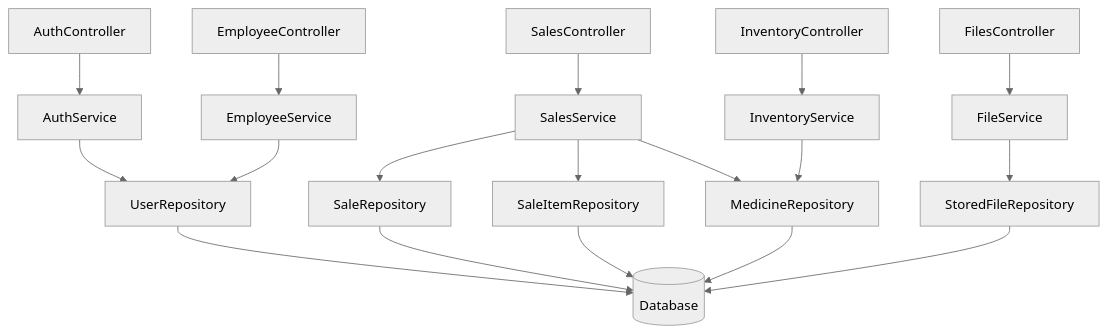
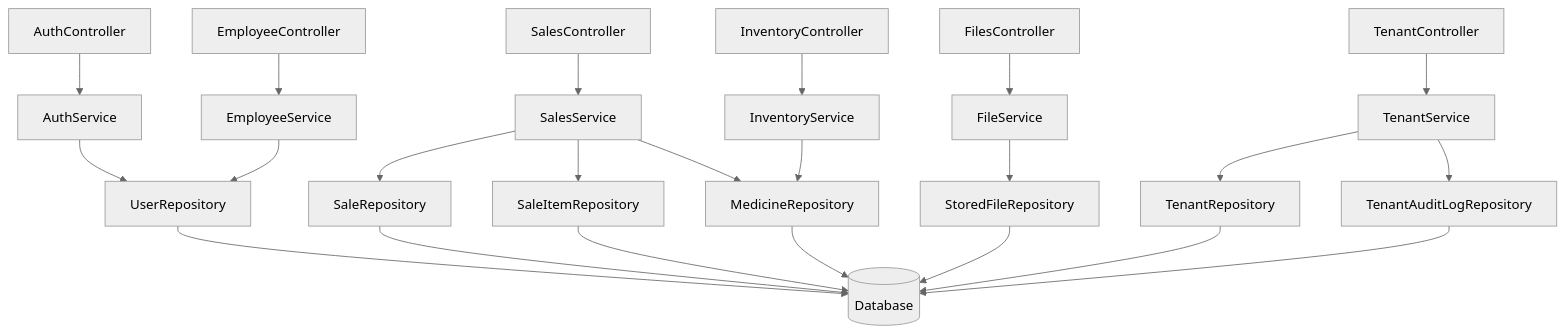
One commit to kasunsk/pharmacy-inventory changed the second of 3 diagrams in README.md. Above: the diagram before and after it, drawn with Mermaid (neutral theme). The commit also changed other lines of this file and 10 other files, not shown here.

````diff
--- a/README.md
+++ b/README.md
@@ -62,22 +71,27 @@
 ```mermaid
 graph TD
   C1[AuthController] --> S1[AuthService]
+  C0[TenantController] --> S0[TenantService]
   C2[EmployeeController] --> S2[EmployeeService]
   C3[SalesController] --> S3[SalesService]
   C4[InventoryController] --> S4[InventoryService]
   C5[FilesController] --> S5[FileService]
 
   S1 --> R1[UserRepository]
+  S0 --> R6[TenantRepository]
+  S0 --> R7[TenantAuditLogRepository]
   S2 --> R1
   S3 --> R2[SaleRepository]
   S3 --> R3[SaleItemRepository]
   S3 --> R4[MedicineRepository]
   S4 --> R4
   S5 --> R5[StoredFileRepository]
 
   R1 --> DB[(Database)]
   R2 --> DB
   R3 --> DB
   R4 --> DB
   R5 --> DB
+  R6 --> DB
+  R7 --> DB
 ```
````
